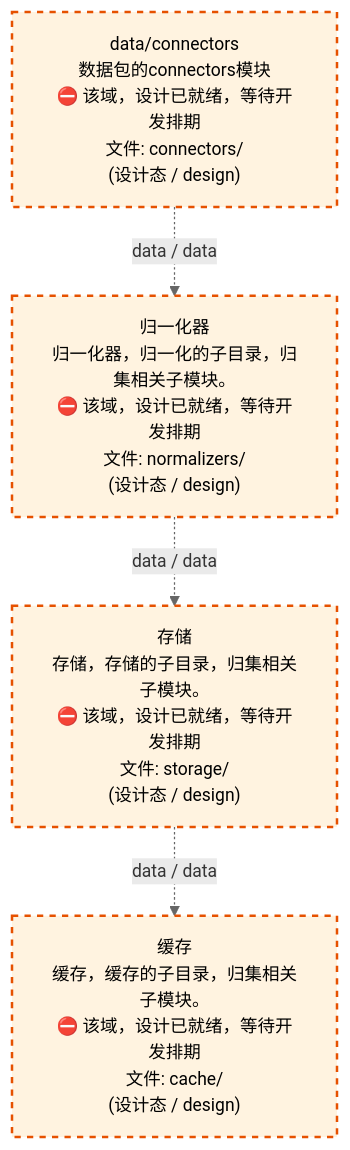
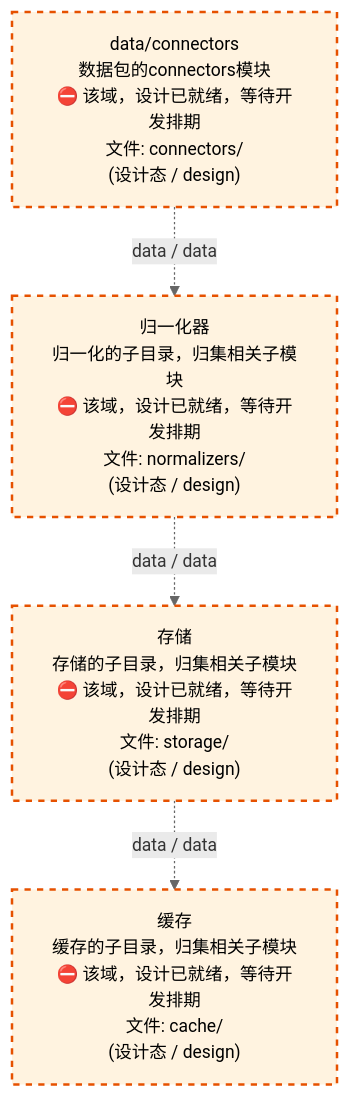
One commit to xuanFelixVan/ZephyrAlpha changed the third of 4 diagrams in docs/02_enterprise_architecture/02_domain_architecture_docs/11_d_data.md. Above: the diagram before and after it, drawn with Mermaid. The commit also changed other lines of this file and 59 other files, not shown here.

````diff
--- a/docs/02_enterprise_architecture/02_domain_architecture_docs/11_d_data.md
+++ b/docs/02_enterprise_architecture/02_domain_architecture_docs/11_d_data.md
@@ -1290,16 +1290,16 @@
 ```mermaid
 %%{init: {'theme': 'base', 'themeVariables': {'primaryColor': '#eaeaea', 'primaryTextColor': '#333333', 'primaryBorderColor': '#666666', 'lineColor': '#666666', 'secondaryColor': '#eaeaea', 'tertiaryColor': '#eaeaea', 'fontSize': '14px'}}}%%
 flowchart TD
     src_zephyr_data_connectors["data/connectors<br/>数据包的connectors模块<br/>⛔ 该域，设计已就绪，等待开发排期<br/>文件: connectors/<br/>(设计态 / design)"]
-    src_zephyr_data_normalizers["归一化器<br/>归一化器，归一化的子目录，归集相关子模块。<br/>⛔ 该域，设计已就绪，等待开发排期<br/>文件: normalizers/<br/>(设计态 / design)"]
-    src_zephyr_data_storage["存储<br/>存储，存储的子目录，归集相关子模块。<br/>⛔ 该域，设计已就绪，等待开发排期<br/>文件: storage/<br/>(设计态 / design)"]
-    src_zephyr_data_cache["缓存<br/>缓存，缓存的子目录，归集相关子模块。<br/>⛔ 该域，设计已就绪，等待开发排期<br/>文件: cache/<br/>(设计态 / design)"]
+    src_zephyr_data_normalizers["归一化器<br/>归一化的子目录，归集相关子模块<br/>⛔ 该域，设计已就绪，等待开发排期<br/>文件: normalizers/<br/>(设计态 / design)"]
+    src_zephyr_data_storage["存储<br/>存储的子目录，归集相关子模块<br/>⛔ 该域，设计已就绪，等待开发排期<br/>文件: storage/<br/>(设计态 / design)"]
+    src_zephyr_data_cache["缓存<br/>缓存的子目录，归集相关子模块<br/>⛔ 该域，设计已就绪，等待开发排期<br/>文件: cache/<br/>(设计态 / design)"]
     src_zephyr_data_connectors -.->|data / data| src_zephyr_data_normalizers
     src_zephyr_data_normalizers -.->|data / data| src_zephyr_data_storage
     src_zephyr_data_storage -.->|data / data| src_zephyr_data_cache
     classDef production fill:#e1f5fe,stroke:#01579b,stroke-width:2px,color:#000
     classDef design fill:#fff3e0,stroke:#e65100,stroke-width:2px,color:#000,stroke-dasharray: 5 5
     classDef external_prod fill:#e8f4fd,stroke:#0277bd,stroke-width:1px,color:#000
     classDef external_design fill:#fff8e7,stroke:#ef6c00,stroke-width:1px,color:#000,stroke-dasharray: 5 5
     class src_zephyr_data_cache,src_zephyr_data_connectors,src_zephyr_data_normalizers,src_zephyr_data_storage design
 ```
````
